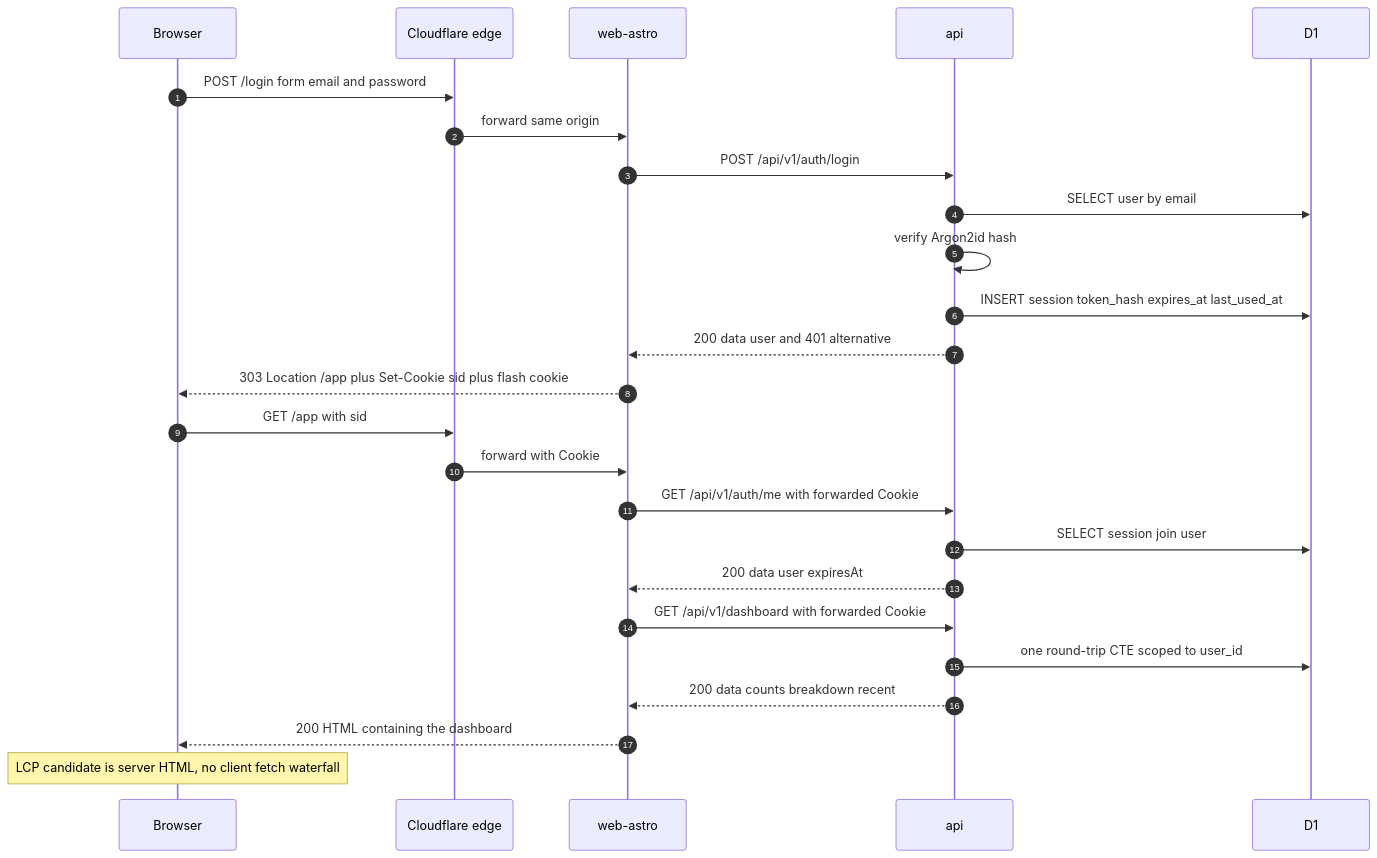
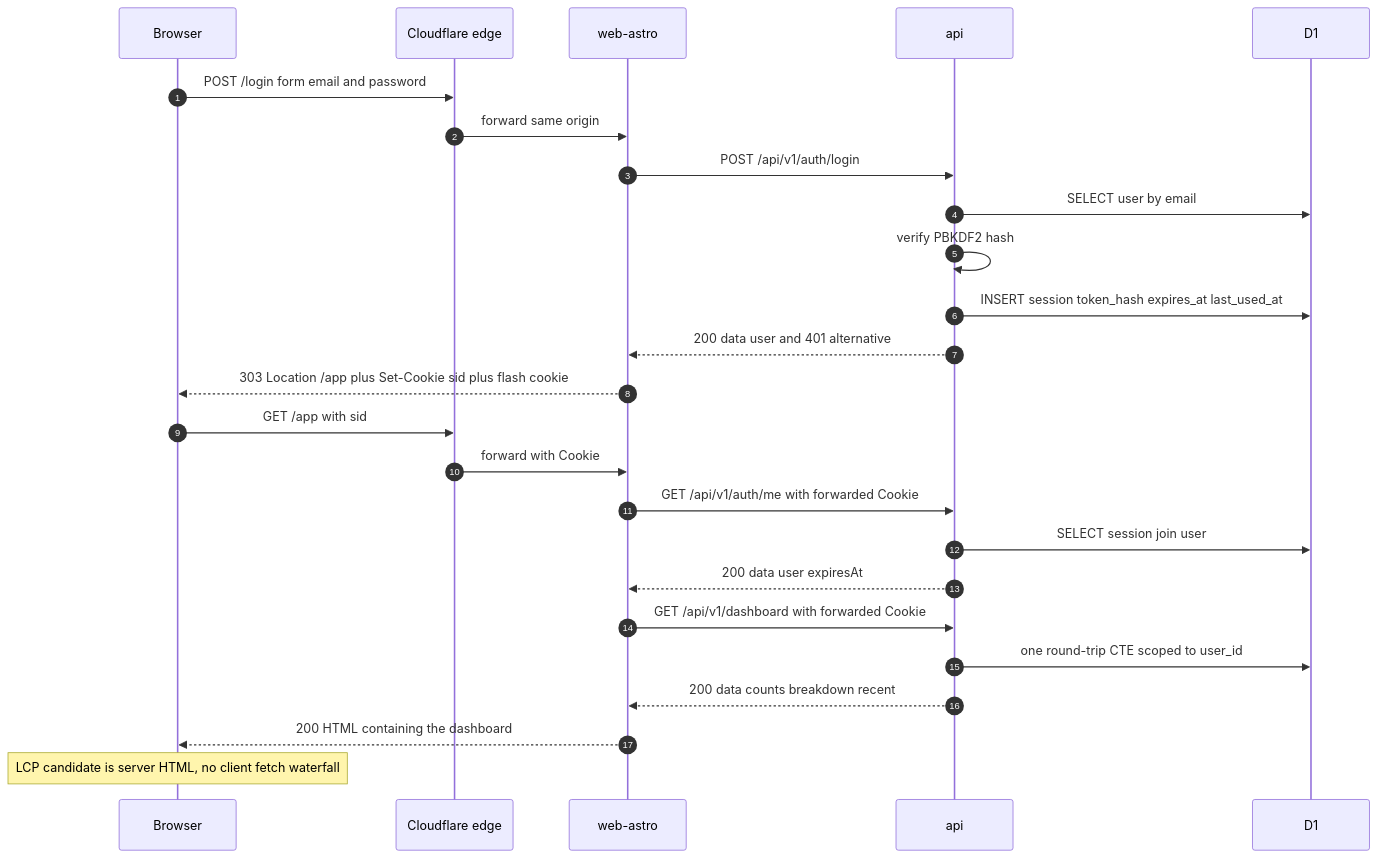
One commit to mhiqrambg/rweb-task-management changed the third of 8 diagrams in .planning/03-system-architecture.md. Above: the diagram before and after it, drawn with Mermaid. The commit also changed other lines of this file and 10 other files, not shown here.

````diff
--- a/.planning/03-system-architecture.md
+++ b/.planning/03-system-architecture.md
@@ -291,28 +291,28 @@
 ```mermaid
 sequenceDiagram
   autonumber
   participant B as Browser
   participant P as Cloudflare edge
   participant A as web-astro
   participant S as api
   participant D as D1
 
   B->>P: POST /login form email and password
   P->>A: forward same origin
   A->>S: POST /api/v1/auth/login
   S->>D: SELECT user by email
-  S->>S: verify Argon2id hash
+  S->>S: verify PBKDF2 hash
   S->>D: INSERT session token_hash expires_at last_used_at
   S-->>A: 200 data user and 401 alternative
   A-->>B: 303 Location /app plus Set-Cookie sid plus flash cookie
   B->>P: GET /app with sid
   P->>A: forward with Cookie
   A->>S: GET /api/v1/auth/me with forwarded Cookie
   S->>D: SELECT session join user
   S-->>A: 200 data user expiresAt
   A->>S: GET /api/v1/dashboard with forwarded Cookie
   S->>D: one round-trip CTE scoped to user_id
   S-->>A: 200 data counts breakdown recent
   A-->>B: 200 HTML containing the dashboard
   Note over B: LCP candidate is server HTML, no client fetch waterfall
 ```
````
